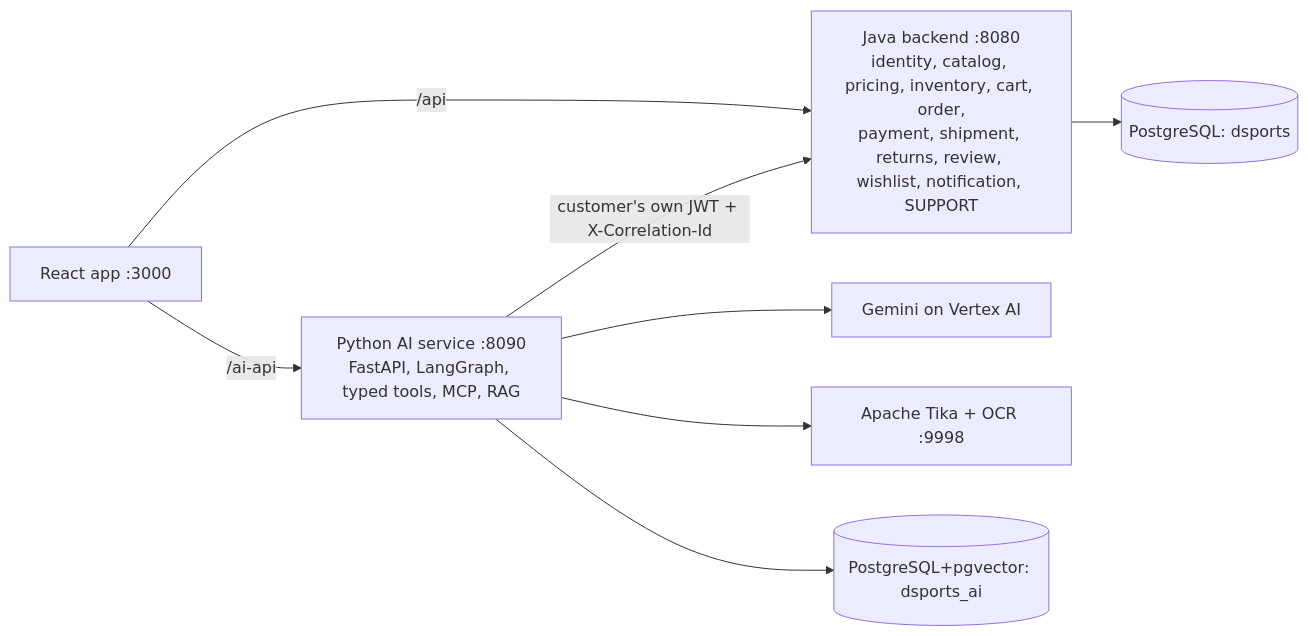
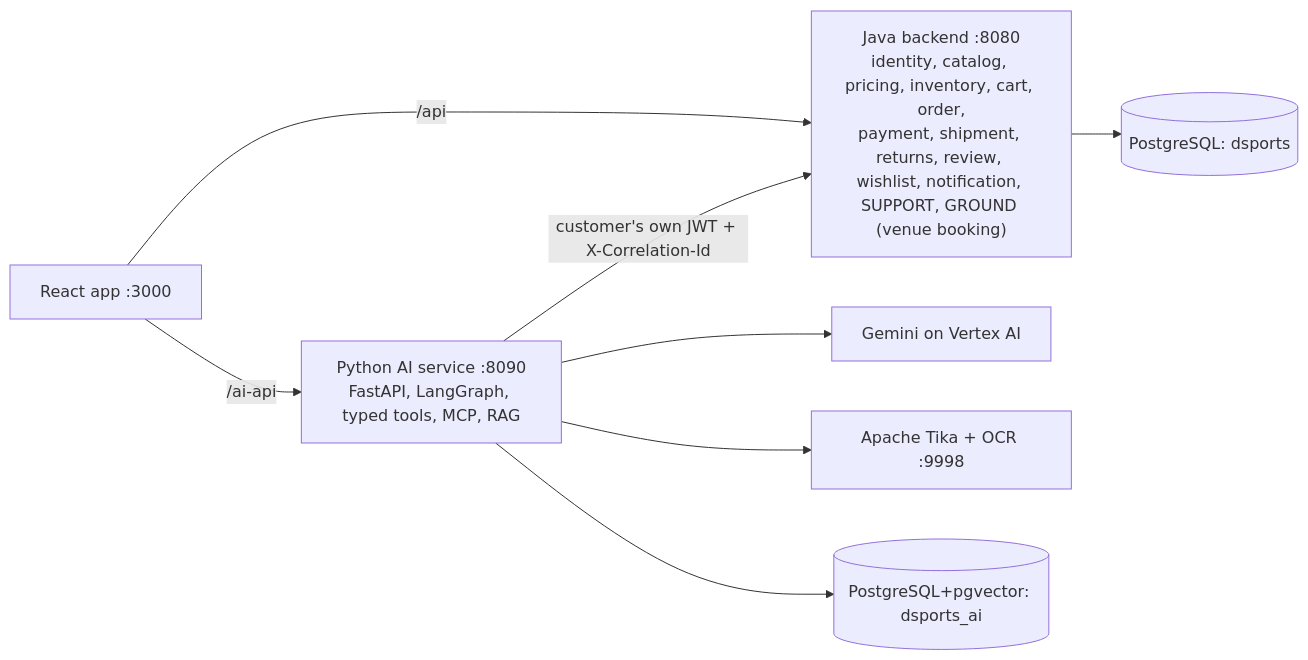
The first of 3 diagrams in docs/learning-guide/DSports-AI-Complete-Learning-Guide.md (RakeshAnna014/DSports-AI), drawn with Mermaid before and after one commit. The commit also changed other lines of this file and 6 other files, not shown here.

First line of the commit message:
docs(learning-guide): venue -> court model, ground module code map, V1-V52

````diff
--- a/docs/learning-guide/DSports-AI-Complete-Learning-Guide.md
+++ b/docs/learning-guide/DSports-AI-Complete-Learning-Guide.md
@@ -25,10 +25,10 @@
 ```mermaid
 flowchart LR
-  FE[React app :3000] -- "/api" --> J["Java backend :8080<br/>identity, catalog, pricing, inventory, cart, order,<br/>payment, shipment, returns, review, wishlist, notification, SUPPORT"]
+  FE[React app :3000] -- "/api" --> J["Java backend :8080<br/>identity, catalog, pricing, inventory, cart, order,<br/>payment, shipment, returns, review, wishlist, notification, SUPPORT, GROUND (venue booking)"]
   FE -- "/ai-api" --> A["Python AI service :8090<br/>FastAPI, LangGraph, typed tools, MCP, RAG"]
   A -- "customer's own JWT + X-Correlation-Id" --> J
   A --> G[Gemini on Vertex AI]
   A --> T[Apache Tika + OCR :9998]
   J --> P[(PostgreSQL: dsports)]
   A --> V[(PostgreSQL+pgvector: dsports_ai)]
 ```
````
